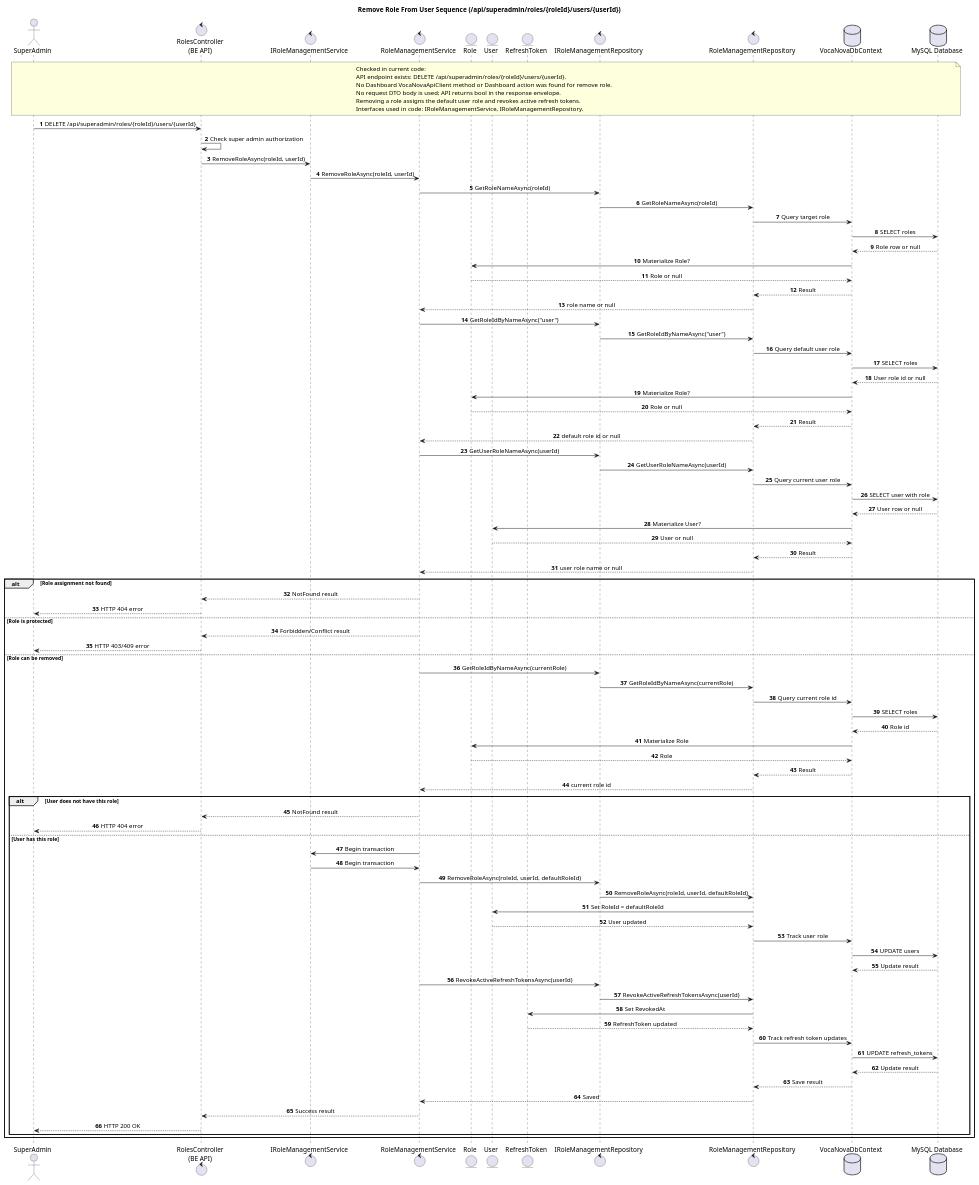
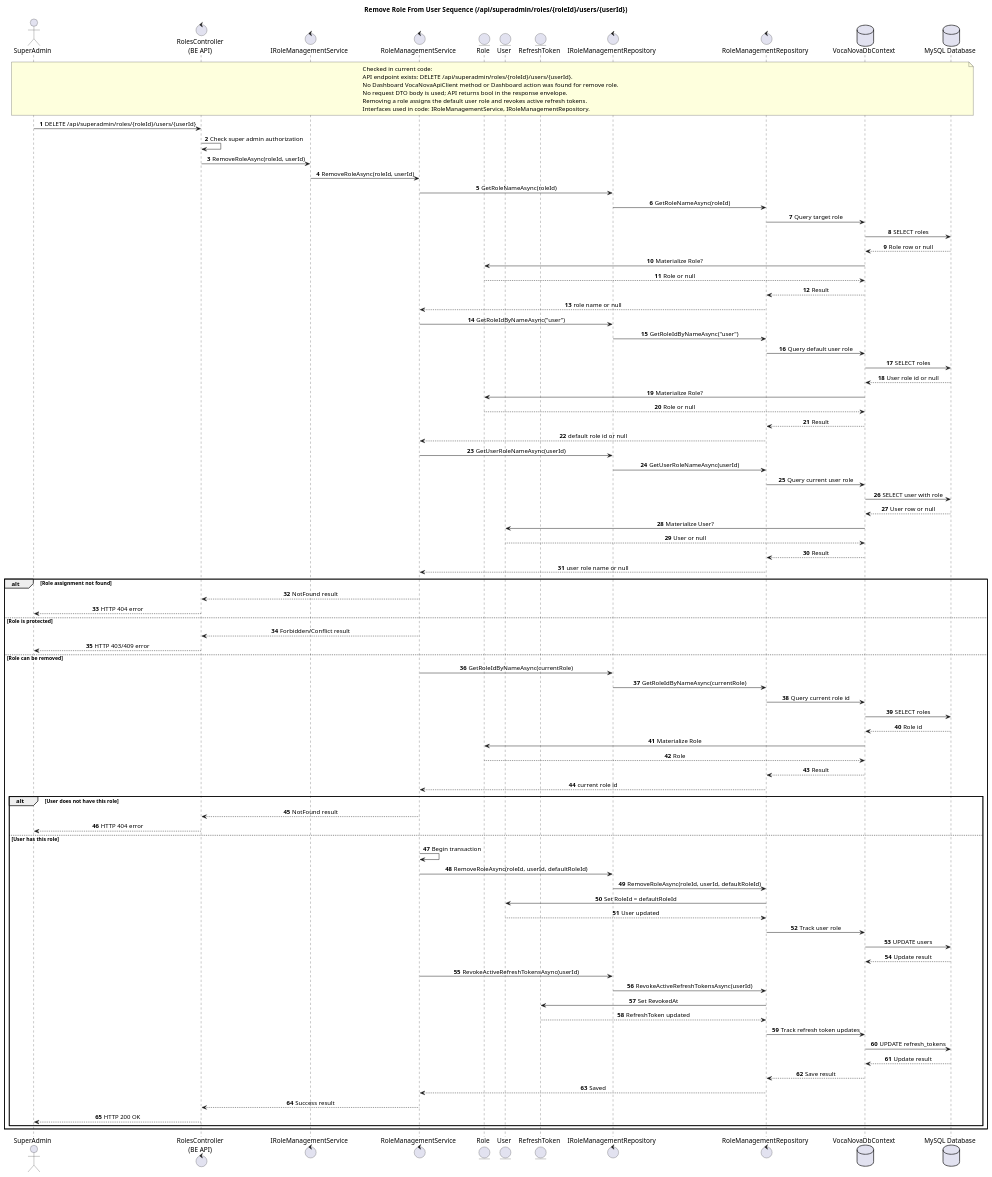
Before and after one commit to thisIsCenx04/VocaNova: the diagram in docs/diagrams/superadmin-remove-role-from-user-sequence.puml, drawn with PlantUML. The commit also changed 3 other files, not shown here.

Commit message:
fix/asign_sequences and class

```diff
--- a/docs/diagrams/superadmin-remove-role-from-user-sequence.puml
+++ b/docs/diagrams/superadmin-remove-role-from-user-sequence.puml
@@ -1,98 +1,97 @@
 @startuml
 title Remove Role From User Sequence (/api/superadmin/roles/{roleId}/users/{userId})
 autonumber
 skinparam responseMessageBelowArrow true
 skinparam sequenceMessageAlign center
 actor SuperAdmin
 control "RolesController\n(BE API)" as ApiController
 control "IRoleManagementService" as IRoleManagementService
 control "RoleManagementService" as RoleService
 entity "Role" as RoleEntity
 entity "User" as UserEntity
 entity "RefreshToken" as RefreshTokenEntity
 control "IRoleManagementRepository" as IRoleManagementRepository
 control "RoleManagementRepository" as RoleRepository
 database "VocaNovaDbContext" as DbContext
 database "MySQL Database" as MySQL
 note over SuperAdmin, MySQL
 Checked in current code:
 API endpoint exists: DELETE /api/superadmin/roles/{roleId}/users/{userId}.
 No Dashboard VocaNovaApiClient method or Dashboard action was found for remove role.
 No request DTO body is used; API returns bool in the response envelope.
 Removing a role assigns the default user role and revokes active refresh tokens.
 Interfaces used in code: IRoleManagementService, IRoleManagementRepository.
 end note
 SuperAdmin -> ApiController: DELETE /api/superadmin/roles/{roleId}/users/{userId}
 ApiController -> ApiController: Check super admin authorization
 ApiController -> IRoleManagementService: RemoveRoleAsync(roleId, userId)
 IRoleManagementService -> RoleService: RemoveRoleAsync(roleId, userId)
 RoleService -> IRoleManagementRepository: GetRoleNameAsync(roleId)
 IRoleManagementRepository -> RoleRepository: GetRoleNameAsync(roleId)
 RoleRepository -> DbContext: Query target role
 DbContext -> MySQL: SELECT roles
 MySQL --> DbContext: Role row or null
 DbContext -> RoleEntity: Materialize Role?
 RoleEntity --> DbContext: Role or null
 DbContext --> RoleRepository: Result
 RoleRepository --> RoleService: role name or null
 RoleService -> IRoleManagementRepository: GetRoleIdByNameAsync("user")
 IRoleManagementRepository -> RoleRepository: GetRoleIdByNameAsync("user")
 RoleRepository -> DbContext: Query default user role
 DbContext -> MySQL: SELECT roles
 MySQL --> DbContext: User role id or null
 DbContext -> RoleEntity: Materialize Role?
 RoleEntity --> DbContext: Role or null
 DbContext --> RoleRepository: Result
 RoleRepository --> RoleService: default role id or null
 RoleService -> IRoleManagementRepository: GetUserRoleNameAsync(userId)
 IRoleManagementRepository -> RoleRepository: GetUserRoleNameAsync(userId)
 RoleRepository -> DbContext: Query current user role
 DbContext -> MySQL: SELECT user with role
 MySQL --> DbContext: User row or null
 DbContext -> UserEntity: Materialize User?
 UserEntity --> DbContext: User or null
 DbContext --> RoleRepository: Result
 RoleRepository --> RoleService: user role name or null
 alt Role assignment not found
 RoleService --> ApiController: NotFound result
 ApiController --> SuperAdmin: HTTP 404 error
 else Role is protected
 RoleService --> ApiController: Forbidden/Conflict result
 ApiController --> SuperAdmin: HTTP 403/409 error
 else Role can be removed
 RoleService -> IRoleManagementRepository: GetRoleIdByNameAsync(currentRole)
 IRoleManagementRepository -> RoleRepository: GetRoleIdByNameAsync(currentRole)
 RoleRepository -> DbContext: Query current role id
 DbContext -> MySQL: SELECT roles
 MySQL --> DbContext: Role id
 DbContext -> RoleEntity: Materialize Role
 RoleEntity --> DbContext: Role
 DbContext --> RoleRepository: Result
 RoleRepository --> RoleService: current role id
 alt User does not have this role
 RoleService --> ApiController: NotFound result
 ApiController --> SuperAdmin: HTTP 404 error
 else User has this role
-RoleService -> IRoleManagementService: Begin transaction
-IRoleManagementService -> RoleService: Begin transaction
+RoleService -> RoleService: Begin transaction
 RoleService -> IRoleManagementRepository: RemoveRoleAsync(roleId, userId, defaultRoleId)
 IRoleManagementRepository -> RoleRepository: RemoveRoleAsync(roleId, userId, defaultRoleId)
 RoleRepository -> UserEntity: Set RoleId = defaultRoleId
 UserEntity --> RoleRepository: User updated
 RoleRepository -> DbContext: Track user role
 DbContext -> MySQL: UPDATE users
 MySQL --> DbContext: Update result
 RoleService -> IRoleManagementRepository: RevokeActiveRefreshTokensAsync(userId)
 IRoleManagementRepository -> RoleRepository: RevokeActiveRefreshTokensAsync(userId)
 RoleRepository -> RefreshTokenEntity: Set RevokedAt
 RefreshTokenEntity --> RoleRepository: RefreshToken updated
 RoleRepository -> DbContext: Track refresh token updates
 DbContext -> MySQL: UPDATE refresh_tokens
 MySQL --> DbContext: Update result
 DbContext --> RoleRepository: Save result
 RoleRepository --> RoleService: Saved
 RoleService --> ApiController: Success result
 ApiController --> SuperAdmin: HTTP 200 OK
 end
 end
 @enduml
```
